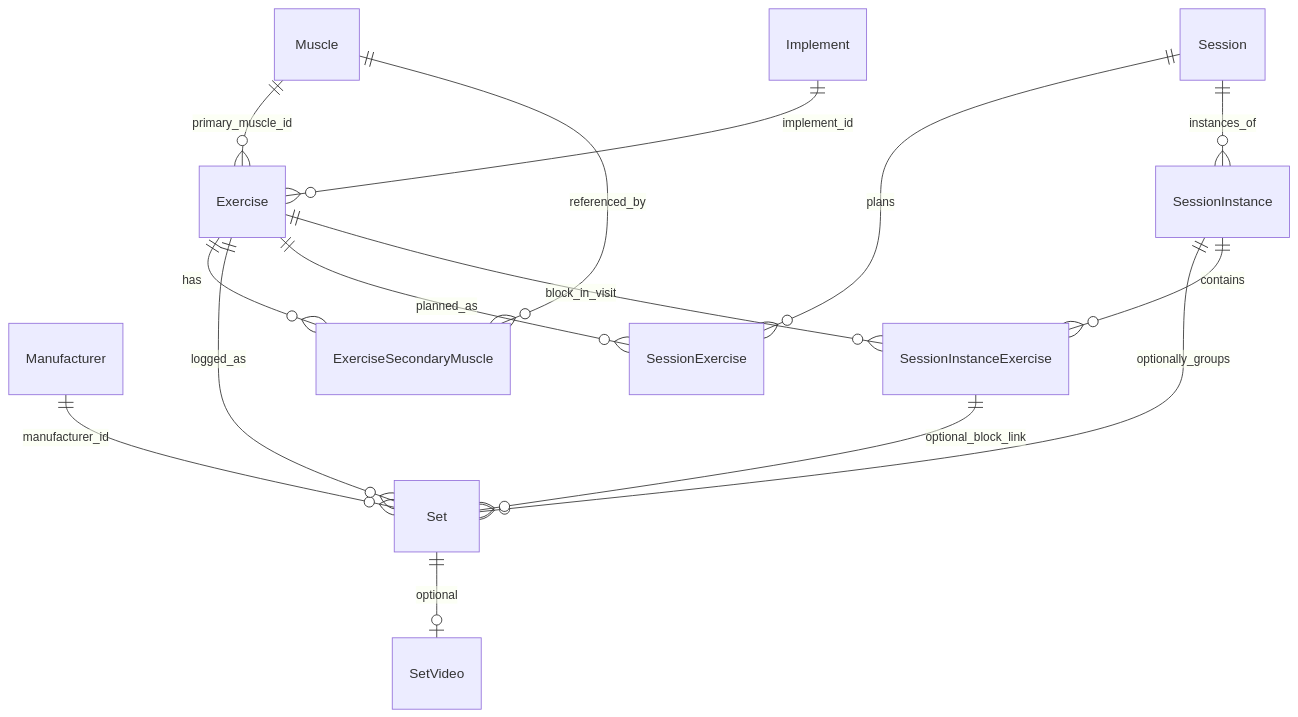
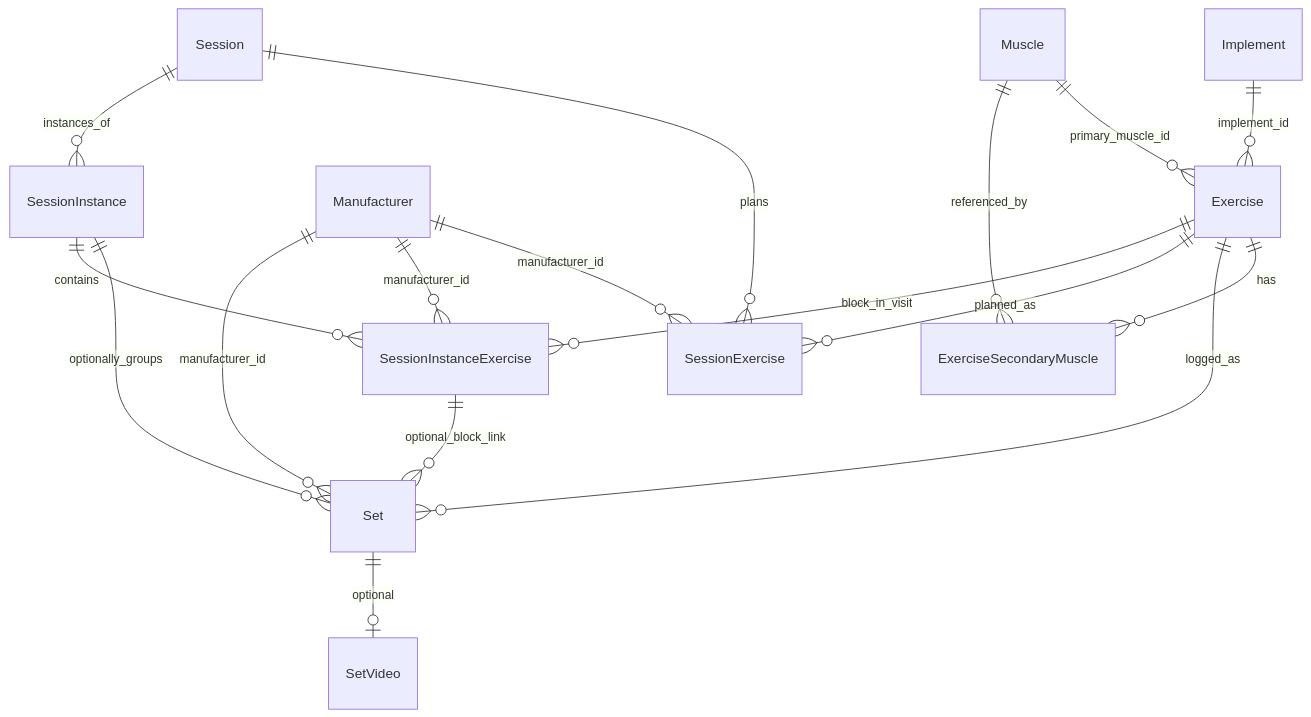
One commit to DavidLaMartina/your-set changed the diagram in docs/data-model.md. Above: the diagram before and after it, drawn with Mermaid. The commit also changed other lines of this file and 27 other files, not shown here.

First line of the commit message:
Add inline workout set logging with manufacturer cascade (schema v9).

````diff
--- a/docs/data-model.md
+++ b/docs/data-model.md
@@ -70,17 +70,19 @@
 ```mermaid
 erDiagram
   Implement ||--o{ Exercise : implement_id
   Muscle ||--o{ Exercise : primary_muscle_id
+  Manufacturer ||--o{ SessionExercise : manufacturer_id
+  Manufacturer ||--o{ SessionInstanceExercise : manufacturer_id
   Manufacturer ||--o{ Set : manufacturer_id
   Exercise ||--o{ ExerciseSecondaryMuscle : has
   Muscle ||--o{ ExerciseSecondaryMuscle : referenced_by
   Exercise ||--o{ Set : logged_as
   Session ||--o{ SessionExercise : plans
   Exercise ||--o{ SessionExercise : planned_as
   Session ||--o{ SessionInstance : instances_of
   SessionInstance ||--o{ Set : optionally_groups
   SessionInstance ||--o{ SessionInstanceExercise : contains
   Exercise ||--o{ SessionInstanceExercise : block_in_visit
   SessionInstanceExercise ||--o{ Set : optional_block_link
   Set ||--o| SetVideo : optional
 ```
````
